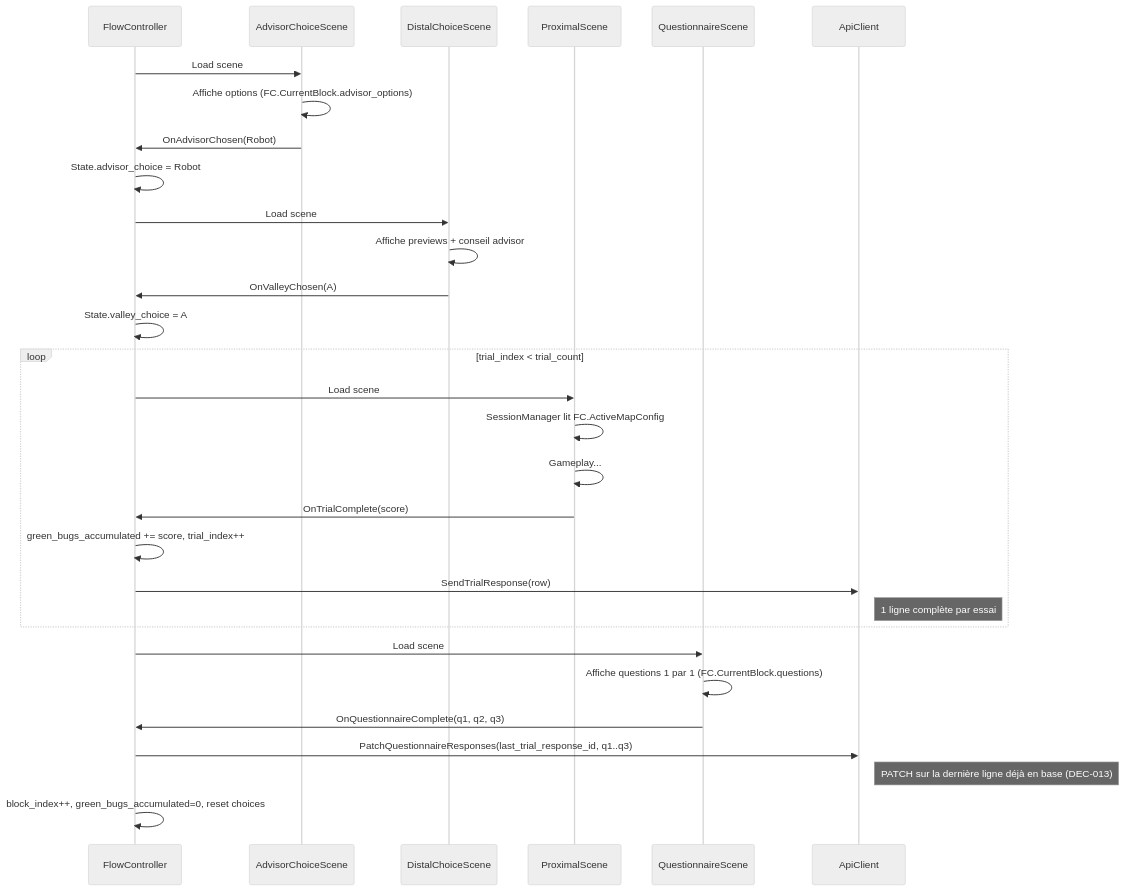
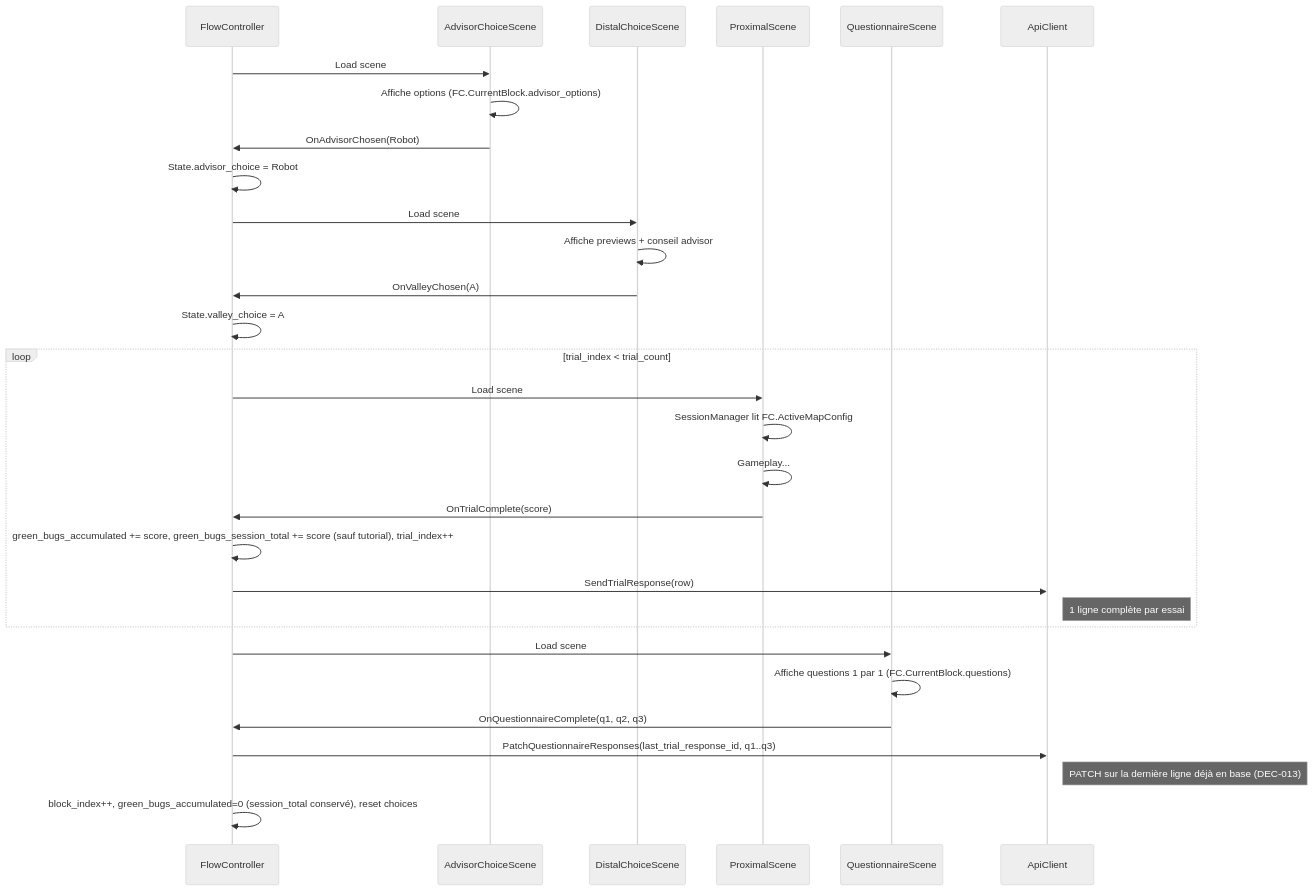
Before and after one commit to PierreChagnon/BUGS: the third of 4 diagrams in Docs/specs/multi-screen-flow/spec-tech.md, drawn with Mermaid (neutral theme). The commit also changed other lines of this file and 10 other files, not shown here.

Commit message:
feat: add green_bugs_session_total to the break scene + export through API

````diff
--- a/Docs/specs/multi-screen-flow/spec-tech.md
+++ b/Docs/specs/multi-screen-flow/spec-tech.md
@@ -490,35 +492,35 @@
 ```mermaid
 sequenceDiagram
     participant FC as FlowController
     participant ADV as AdvisorChoiceScene
     participant DIS as DistalChoiceScene
     participant PRX as ProximalScene
     participant QST as QuestionnaireScene
     participant API as ApiClient
     
     FC->>ADV: Load scene
     ADV->>ADV: Affiche options (FC.CurrentBlock.advisor_options)
     ADV->>FC: OnAdvisorChosen(Robot)
     FC->>FC: State.advisor_choice = Robot
     
     FC->>DIS: Load scene
     DIS->>DIS: Affiche previews + conseil advisor
     DIS->>FC: OnValleyChosen(A)
     FC->>FC: State.valley_choice = A
     loop trial_index < trial_count
         FC->>PRX: Load scene
         PRX->>PRX: SessionManager lit FC.ActiveMapConfig
         PRX->>PRX: Gameplay...
         PRX->>FC: OnTrialComplete(score)
-        FC->>FC: green_bugs_accumulated += score, trial_index++
+        FC->>FC: green_bugs_accumulated += score, green_bugs_session_total += score (sauf tutorial), trial_index++
         FC->>API: SendTrialResponse(row)
         Note right of API: 1 ligne complète par essai
     end
     
     FC->>QST: Load scene
     QST->>QST: Affiche questions 1 par 1 (FC.CurrentBlock.questions)
     QST->>FC: OnQuestionnaireComplete(q1, q2, q3)
     FC->>API: PatchQuestionnaireResponses(last_trial_response_id, q1..q3)
     Note right of API: PATCH sur la dernière ligne déjà en base (DEC-013)
-    FC->>FC: block_index++, green_bugs_accumulated=0, reset choices
+    FC->>FC: block_index++, green_bugs_accumulated=0 (session_total conservé), reset choices
 ```
````
